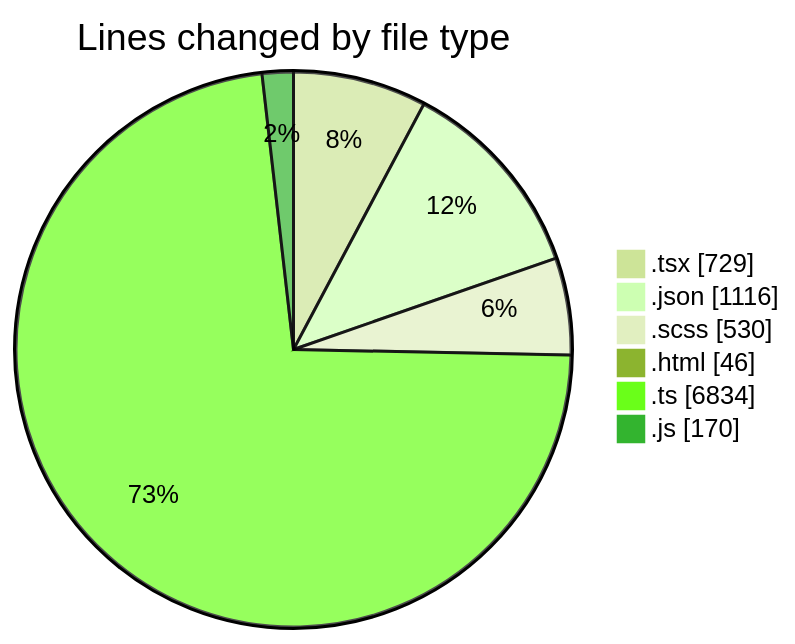
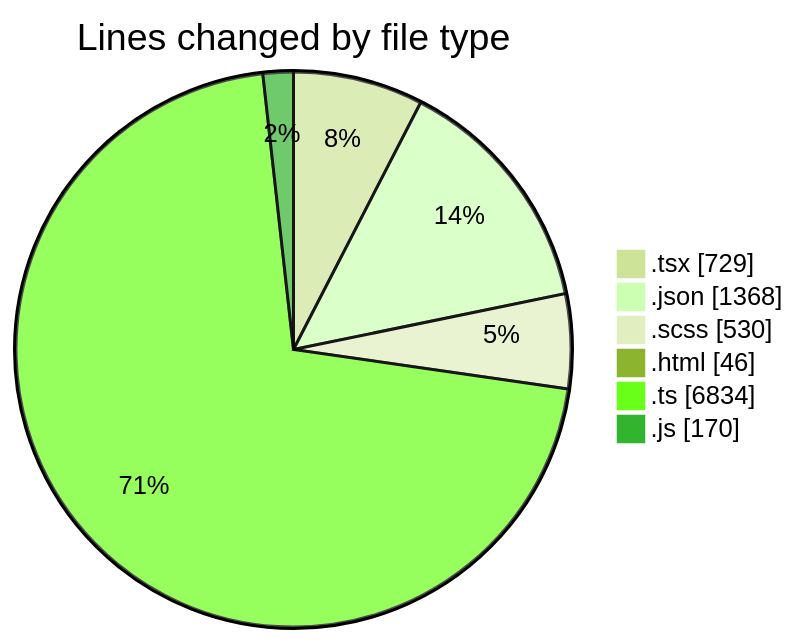
Before and after one commit to momahboobian/code-tracking: the first of 2 diagrams in 2026-04-14/cda/README.md, drawn with Mermaid (forest theme). The commit also changed other lines of this file and 1 other file, not shown here.

````diff
--- a/2026-04-14/cda/README.md
+++ b/2026-04-14/cda/README.md
@@ -42,10 +42,10 @@
 ```mermaid
 pie showData
 title Lines changed by file type
 ".tsx" : 729
-".json" : 1116
+".json" : 1368
 ".scss" : 530
 ".html" : 46
 ".ts" : 6834
 ".js" : 170
 ```
````
